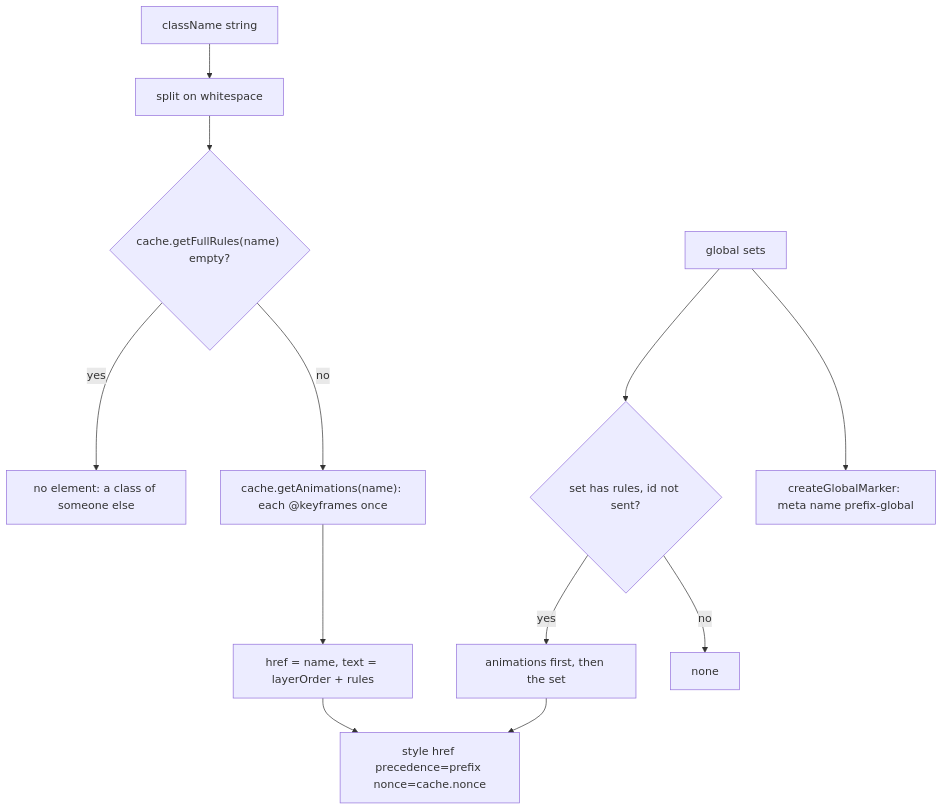
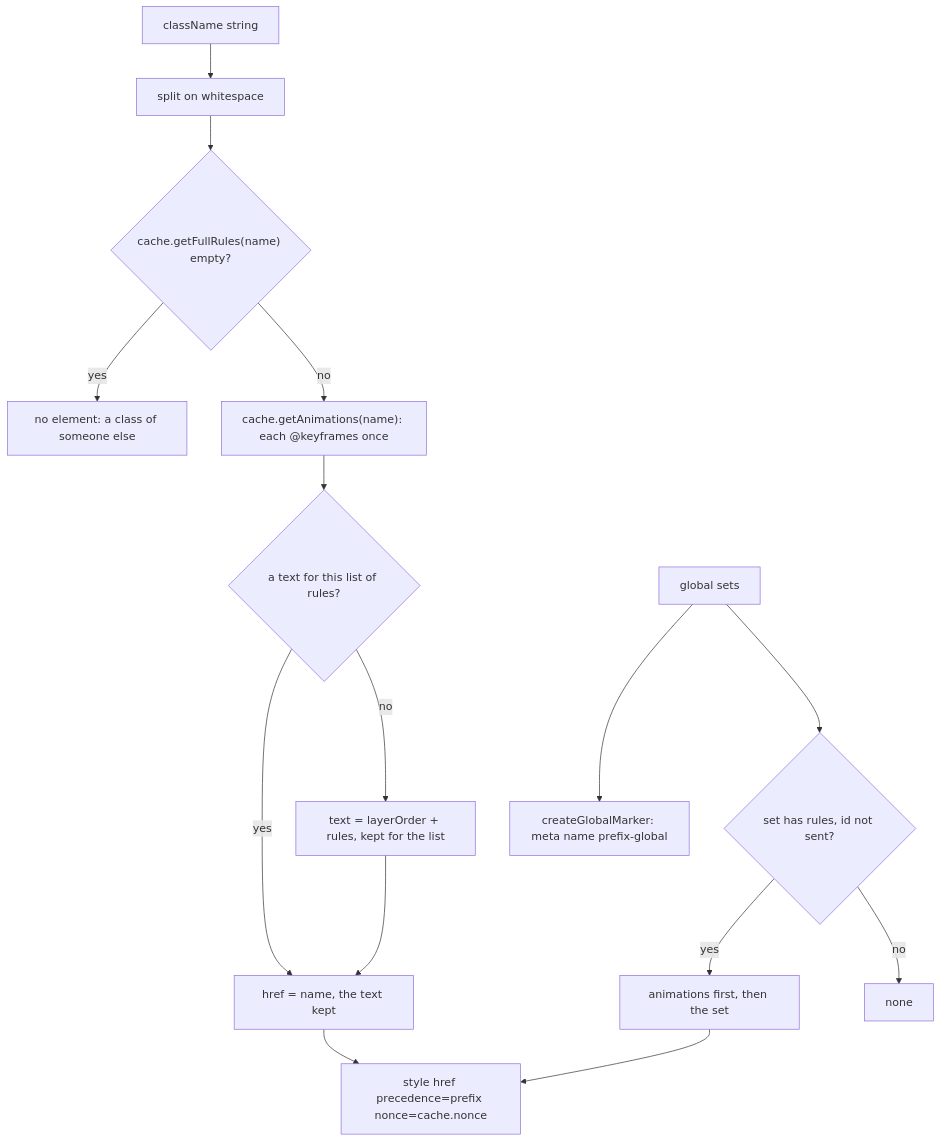
One commit to soroush-tech/umber-style changed the diagram in packages/react/src/styleElements.md. Above: the diagram before and after it, drawn with Mermaid. The commit also changed other lines of this file and 124 other files, not shown here.

````diff
--- a/packages/react/src/styleElements.md
+++ b/packages/react/src/styleElements.md
@@ -22,14 +24,17 @@
 ```mermaid
 flowchart TD
   names["className string"] --> split["split on whitespace"]
   split --> rules{"cache.getFullRules(name) empty?"}
   rules -->|yes| skip["no element: a class of someone else"]
   rules -->|no| anims["cache.getAnimations(name): each @keyframes once"]
-  anims --> text["href = name, text = layerOrder + rules"]
+  anims --> known{"a text for this list of rules?"}
+  known -->|yes| text["href = name, the text kept"]
+  known -->|no| make["text = layerOrder + rules, kept for the list"]
+  make --> text
   text --> elems["style href precedence=prefix nonce=cache.nonce"]
   sets["global sets"] --> hasRules{"set has rules, id not sent?"}
   hasRules -->|yes| gAnims["animations first, then the set"]
   hasRules -->|no| skip2["none"]
   gAnims --> elems
   sets --> marker["createGlobalMarker: meta name prefix-global"]
 ```
````
